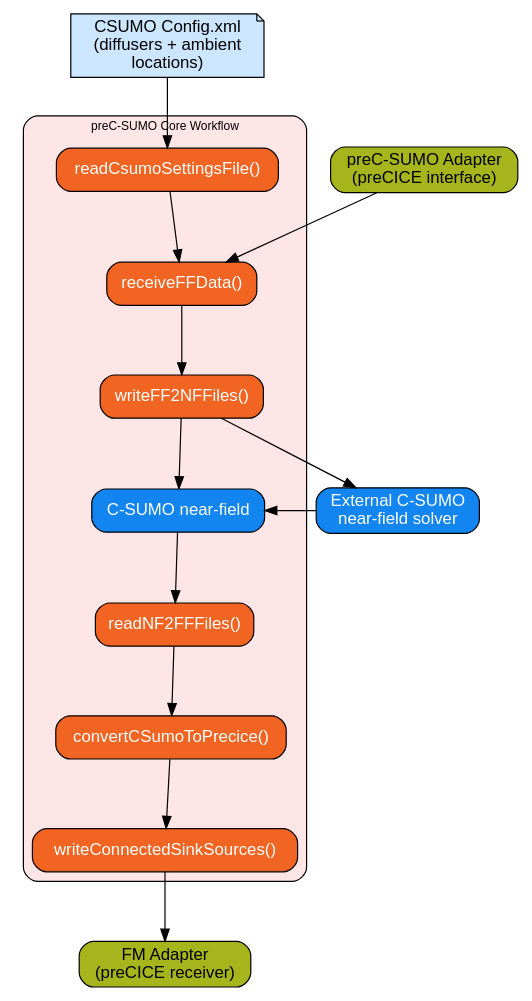
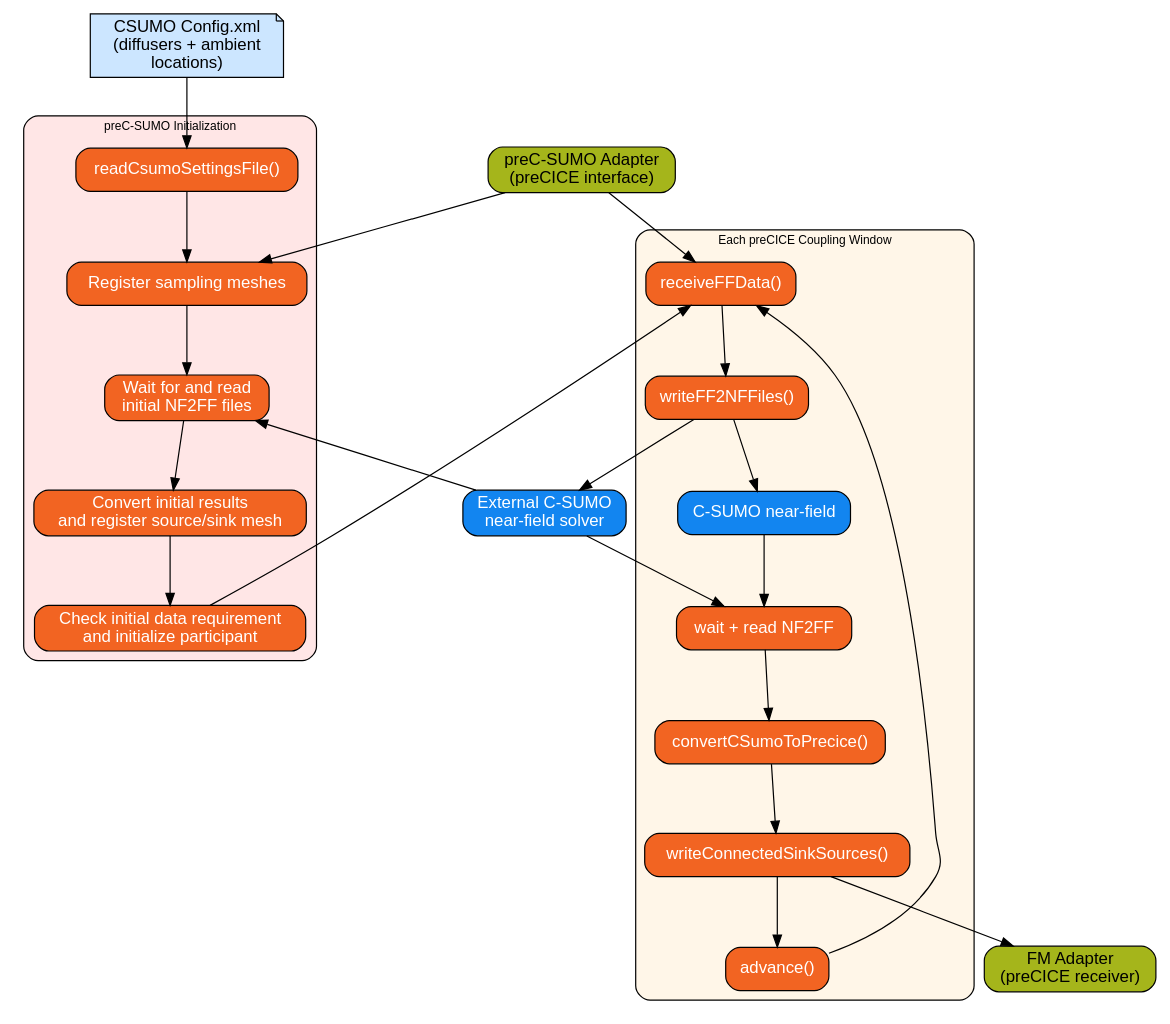
The diagram in src/tools_gpl/pre_c_sumo/docs/include/preC_SUMO_Core_Workflow.dot (Deltares/Delft3D), drawn with Graphviz before and after one commit. The commit also changed 9 other files, not shown here.

```diff
--- a/src/tools_gpl/pre_c_sumo/docs/include/preC_SUMO_Core_Workflow.dot
+++ b/src/tools_gpl/pre_c_sumo/docs/include/preC_SUMO_Core_Workflow.dot
@@ -1,70 +1,97 @@
-// Detailed workflow of preC-SUMO core processes
-// Shows the sequence of tasks and data flow within the preC-SUMO adapter
+// Detailed workflow of preC-SUMO initialization and coupling windows
 
 digraph preCSUMOWorkflow {
 
   rankdir=TB;
   splines=true;
   nodesep=0.6;
   ranksep=0.8;
   fontname="Helvetica";
   fontsize=10;
 
   node [shape=box, style=rounded, fontname="Helvetica"];
   edge [fontname="Helvetica", fontsize=9];
 
   /* -------------------------
      Input Sources
   --------------------------*/
   CSUMOConfig [label="CSUMO Config.xml\n(diffusers + ambient\nlocations)", shape=note, fillcolor="#CCE6FF", style=filled];
   ProC_Adapter [label="preC-SUMO Adapter\n(preCICE interface)", shape=box, fillcolor="#A5B51B", style="rounded,filled"];
 
   /* -------------------------
-     Core Tasks
+     Initialization
   --------------------------*/
   subgraph cluster_workflow {
-    label="preC-SUMO Core Workflow";
+    label="preC-SUMO Initialization";
     style="rounded,filled";
     fillcolor="#FFE6E6";
 
     task1 [label="readCsumoSettingsFile()", shape=box, fillcolor="#F26422", fontcolor="white", style="rounded,filled", URL="\\ref pre_c_sumo_read_csumo_settings_file", tooltip="Open readCsumoSettingsFile docs"];
 
-    task2 [label="receiveFFData()", shape=box, fillcolor="#F26422", fontcolor="white", style="rounded,filled", URL="\\ref pre_c_sumo_receive_ff_data", tooltip="Open receiveFFData docs"];
+    task2 [label="Register sampling meshes", shape=box, fillcolor="#F26422", fontcolor="white", style="rounded,filled"];
 
-    task3 [label="writeFF2NFFiles()", shape=box, fillcolor="#F26422", fontcolor="white", style="rounded,filled", URL="\\ref pre_c_sumo_write_ff2nf", tooltip="Open writeFF2NFFiles docs"];
+    task3 [label="Wait for and read\ninitial NF2FF files", shape=box, fillcolor="#F26422", fontcolor="white", style="rounded,filled", URL="\\ref pre_c_sumo_read_nf2ff", tooltip="Read initial NF2FF data before participant initialization"];
 
-    task4 [label="C-SUMO near-field", shape=box, fillcolor="#1285f0", fontcolor="white", style="rounded,filled", URL="\\ref pre_c_sumo_write_ff2nf", tooltip="FF2NF to NF2FF exchange"];
+    task4 [label="Convert initial results\nand register source/sink mesh", shape=box, fillcolor="#F26422", fontcolor="white", style="rounded,filled", URL="\\ref pre_c_sumo_convert_nf_to_connected_sink_sources", tooltip="Determine initial source/sink mesh from NF2FF data"];
 
-    task5 [label="readNF2FFFiles()", shape=box, fillcolor="#F26422", fontcolor="white", style="rounded,filled", URL="\\ref pre_c_sumo_read_nf2ff", tooltip="Open readNF2FFFiles docs"];
-
-    task6 [label="convertCSumoToPrecice()", shape=box, fillcolor="#F26422", fontcolor="white", style="rounded,filled", URL="\\ref pre_c_sumo_convert_nf_to_connected_sink_sources", tooltip="Open conversion docs"];
-
-   task7 [label="writeConnectedSinkSources()", shape=box, fillcolor="#F26422", fontcolor="white", style="rounded,filled", URL="\\ref pre_c_sumo_connected_sink_sources_write_to_precice", tooltip="Open writeConnectedSinkSources docs"];
+    task5 [label="Check initial data requirement\nand initialize participant", shape=box, fillcolor="#F26422", fontcolor="white", style="rounded,filled"];
 
     task1 -> task2;
     task2 -> task3;
     task3 -> task4;
     task4 -> task5;
-    task5 -> task6;
+  }
+
+  /* -------------------------
+     Coupling Window
+  --------------------------*/
+  subgraph cluster_coupling {
+    label="Each preCICE Coupling Window";
+    style="rounded,filled";
+    fillcolor="#FFF6E8";
+
+    task6 [label="receiveFFData()", shape=box, fillcolor="#F26422", fontcolor="white", style="rounded,filled", URL="\\ref pre_c_sumo_receive_ff_data", tooltip="Open receiveFFData docs"];
+
+    task7 [label="writeFF2NFFiles()", shape=box, fillcolor="#F26422", fontcolor="white", style="rounded,filled", URL="\\ref pre_c_sumo_write_ff2nf", tooltip="Open writeFF2NFFiles docs"];
+
+    task8 [label="C-SUMO near-field", shape=box, fillcolor="#1285f0", fontcolor="white", style="rounded,filled", URL="\\ref pre_c_sumo_write_ff2nf", tooltip="FF2NF to NF2FF exchange"];
+
+    task9 [label="wait + read NF2FF", shape=box, fillcolor="#F26422", fontcolor="white", style="rounded,filled", URL="\\ref pre_c_sumo_read_nf2ff", tooltip="Open NF2FF read docs"];
+
+    task10 [label="convertCSumoToPrecice()", shape=box, fillcolor="#F26422", fontcolor="white", style="rounded,filled", URL="\\ref pre_c_sumo_convert_nf_to_connected_sink_sources", tooltip="Open conversion docs"];
+
+    task11 [label="writeConnectedSinkSources()", shape=box, fillcolor="#F26422", fontcolor="white", style="rounded,filled", URL="\\ref pre_c_sumo_connected_sink_sources_write_to_precice", tooltip="Open writeConnectedSinkSources docs"];
+
+    task12 [label="advance()", shape=box, fillcolor="#F26422", fontcolor="white", style="rounded,filled"];
+
     task6 -> task7;
+    task7 -> task8;
+    task8 -> task9;
+    task9 -> task10;
+    task10 -> task11;
+    task11 -> task12;
+    task12 -> task6 [constraint=false];
   }
+  task5 -> task6;
 
   /* -------------------------
      Output
   --------------------------*/
   FMAdapter [label="FM Adapter\n(preCICE receiver)", shape=box, fillcolor="#A5B51B", style="rounded,filled"];
 
   /* -------------------------
      Data Flow
   --------------------------*/
   CSUMOConfig -> task1;
   ProC_Adapter -> task2;
-  task7 -> FMAdapter;
+  ProC_Adapter -> task6;
+  task11 -> FMAdapter;
+  ExtCSUMO -> task3;
+  ExtCSUMO -> task9;
 
   /* -------------------------
      External Coupling
   --------------------------*/
   ExtCSUMO [label="External C-SUMO\nnear-field solver", shape=box, fillcolor="#1285f0", fontcolor="white", style="rounded,filled"];
-  task3 -> ExtCSUMO;
-  ExtCSUMO -> task4;
+  task7 -> ExtCSUMO;
 }
```
